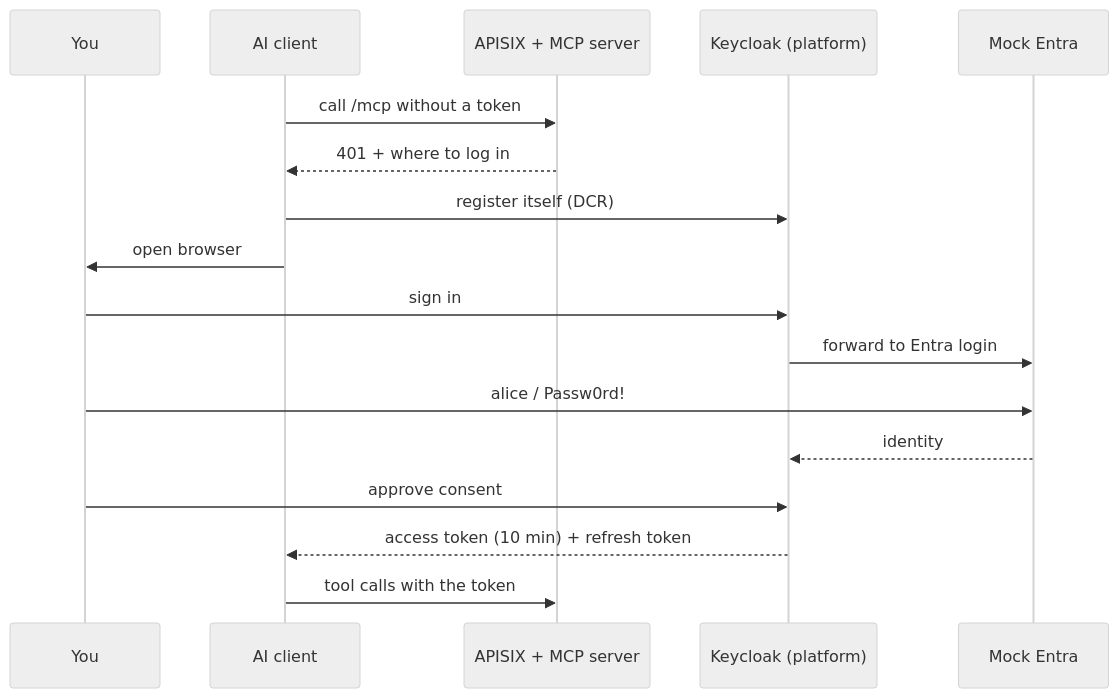
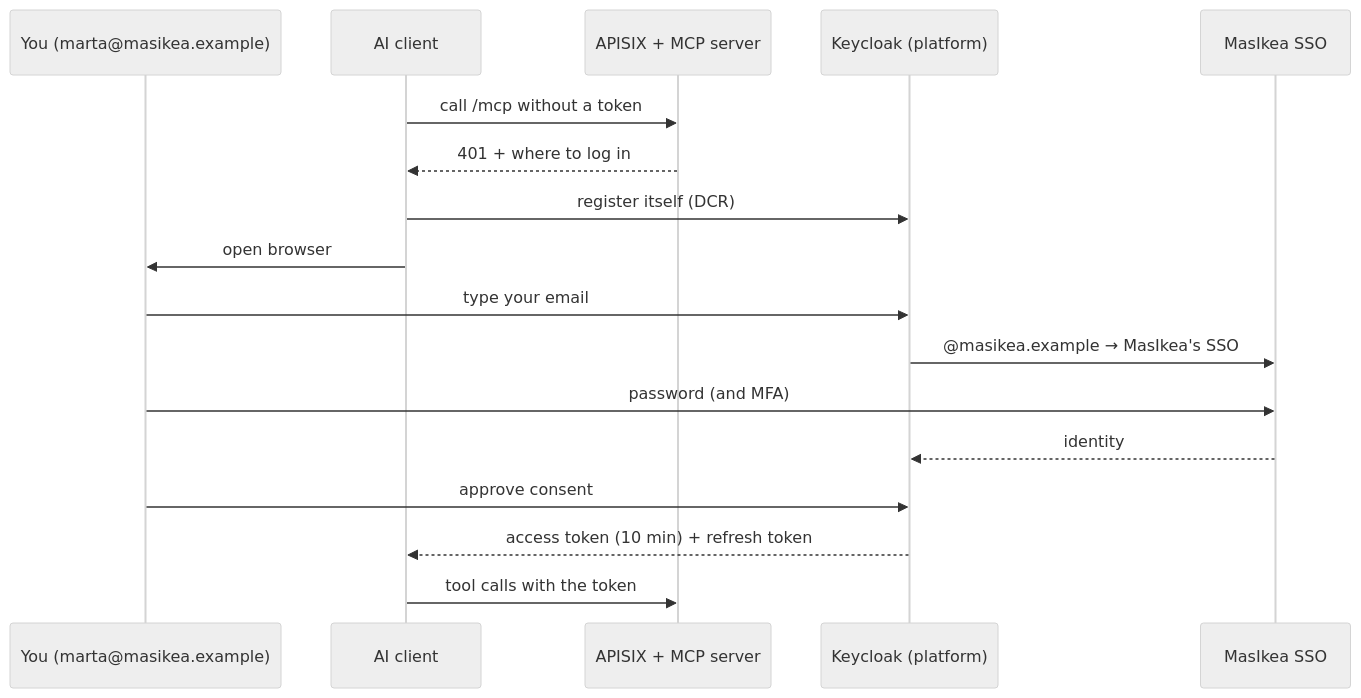
The second of 5 diagrams in README.md (jricardooliveira/mcp-keycloak-apisix), drawn with Mermaid (neutral theme) before and after one commit. The commit also changed other lines of this file and 15 other files, not shown here.

First line of the commit message:
CoreCenas, MasIkea and VodaFundas with one mock SSO per company

````diff
--- a/README.md
+++ b/README.md
@@ -257,19 +268,19 @@
 ```mermaid
 sequenceDiagram
-  participant U as You
+  participant U as You (marta@masikea.example)
   participant C as AI client
   participant G as APISIX + MCP server
   participant K as Keycloak (platform)
-  participant E as Mock Entra
+  participant E as MasIkea SSO
   C->>G: call /mcp without a token
   G-->>C: 401 + where to log in
   C->>K: register itself (DCR)
   C->>U: open browser
-  U->>K: sign in
-  K->>E: forward to Entra login
-  U->>E: alice / Passw0rd!
+  U->>K: type your email
+  K->>E: @masikea.example → MasIkea's SSO
+  U->>E: password (and MFA)
   E-->>K: identity
   U->>K: approve consent
   K-->>C: access token (10 min) + refresh token
   C->>G: tool calls with the token
 ```
````
